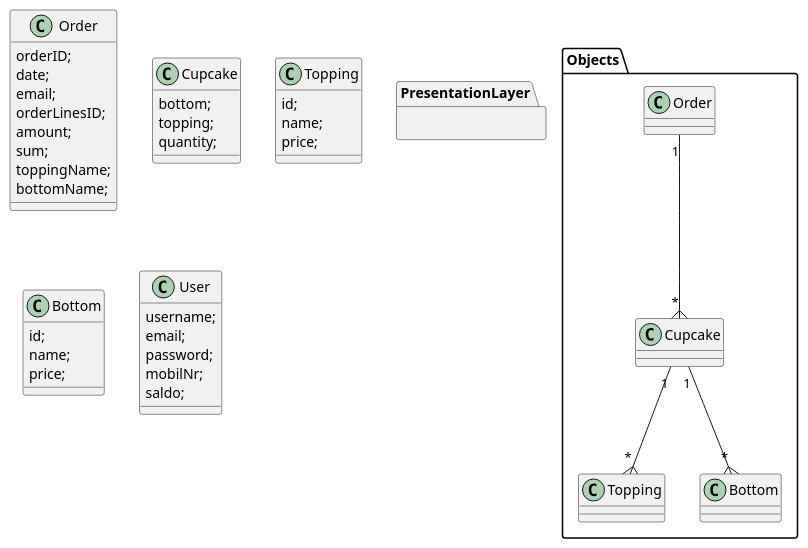
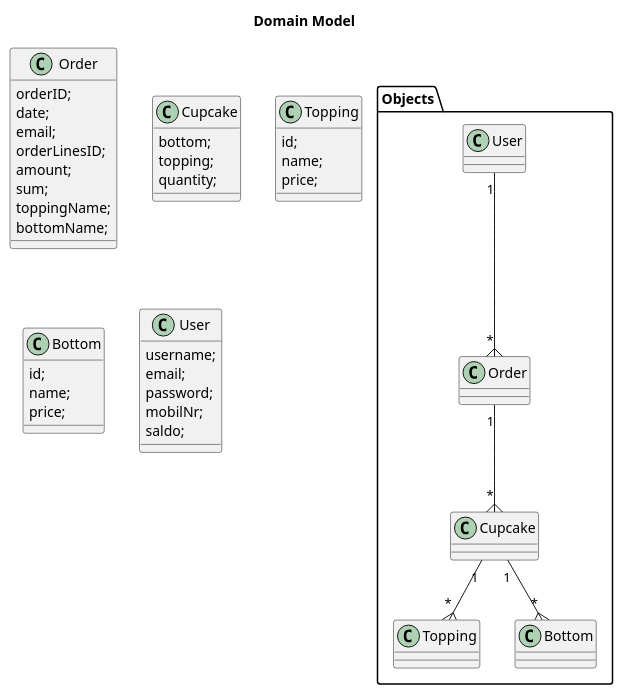
The diagram in data/Diagrammer/DomainModel.puml (UtilExe/Cupcakes), drawn with PlantUML before and after one commit. The commit also changed 2 other files, not shown here.

Commit message:
Justeringer på diagrammerne

```diff
--- a/data/Diagrammer/DomainModel.puml
+++ b/data/Diagrammer/DomainModel.puml
@@ -1,52 +1,48 @@
 @startuml
-
-
+Title Domain Model
 
 package "Objects" {
     Order "1" --{ "*" Cupcake
     Cupcake "1" --{ "*" Topping
     Cupcake "1" --{ "*" Bottom
+    User "1" --{ "*" Order
 }
 
 class Order {
     orderID;
     date;
     email;
     orderLinesID;
     amount;
     sum;
     toppingName;
     bottomName;
 }
 
 class Cupcake {
     bottom;
     topping;
     quantity;
 }
 
 class Topping {
     id;
     name;
     price;
 }
 
 class Bottom {
     id;
     name;
     price;
 }
 
 class User {
     username;
     email;
     password;
     mobilNr;
     saldo;
 }
 
-package "PresentationLayer" {
-
-}
-
 @enduml
```
